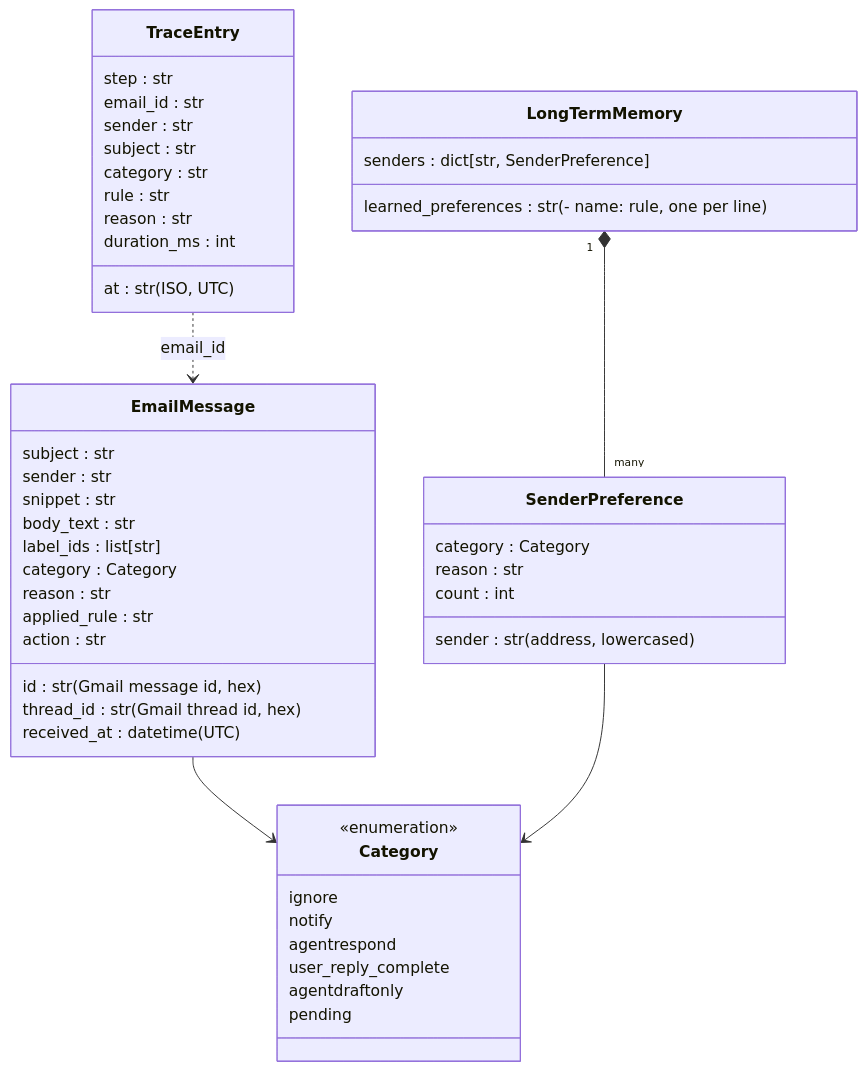
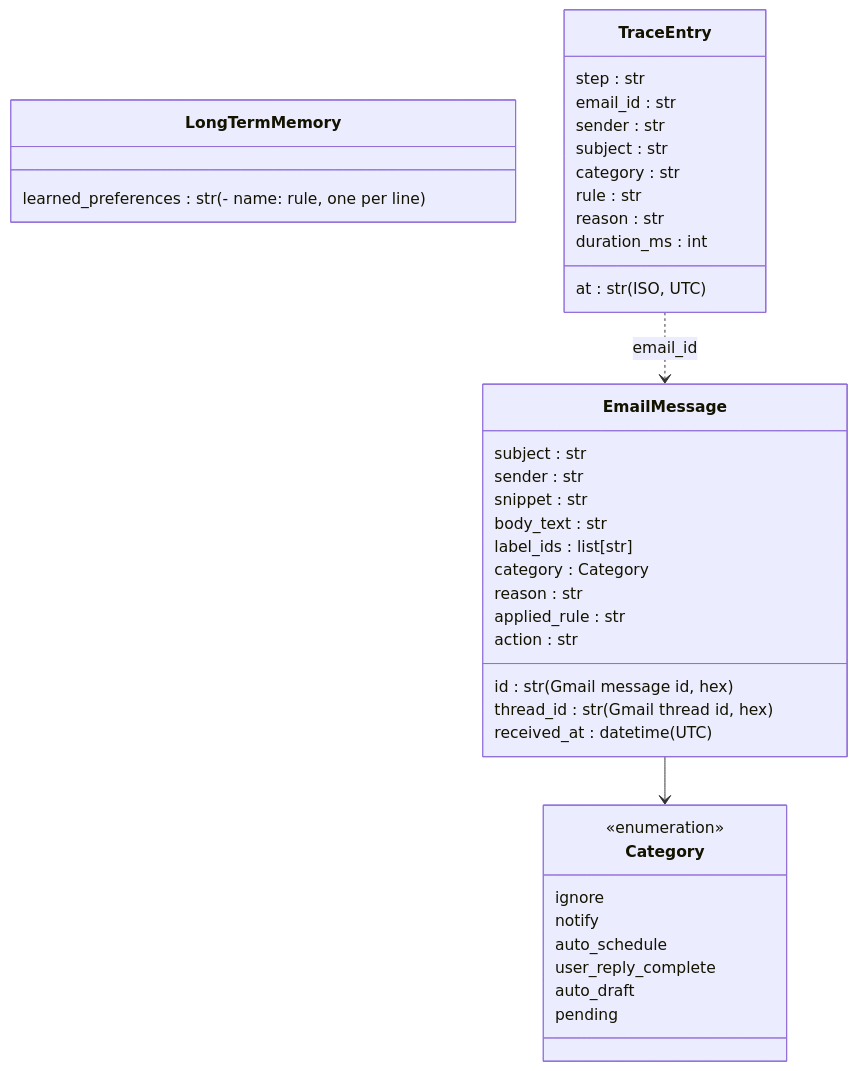
The diagram in docs/diagrams/entities.mmd (divakarmudunuri/MailboxPersonalAssistant), drawn with Mermaid before and after one commit. The commit also changed 59 other files, not shown here.

```diff
--- a/docs/diagrams/entities.mmd
+++ b/docs/diagrams/entities.mmd
@@ -1,49 +1,40 @@
 classDiagram
     class EmailMessage {
         id : str  (Gmail message id, hex)
         thread_id : str  (Gmail thread id, hex)
         subject : str
         sender : str
         received_at : datetime (UTC)
         snippet : str
         body_text : str
         label_ids : list[str]
         category : Category
         reason : str
         applied_rule : str
         action : str
     }
     class Category {
         <<enumeration>>
         ignore
         notify
-        agentrespond
+        auto_schedule
         user_reply_complete
-        agentdraftonly
+        auto_draft
         pending
-    }
-    class SenderPreference {
-        sender : str (address, lowercased)
-        category : Category
-        reason : str
-        count : int
     }
     class LongTermMemory {
         learned_preferences : str  (- name: rule, one per line)
-        senders : dict[str, SenderPreference]
     }
     class TraceEntry {
         at : str (ISO, UTC)
         step : str
         email_id : str
         sender : str
         subject : str
         category : str
         rule : str
         reason : str
         duration_ms : int
     }
     EmailMessage --> Category
-    SenderPreference --> Category
-    LongTermMemory "1" *-- "many" SenderPreference
     TraceEntry ..> EmailMessage : email_id
```
